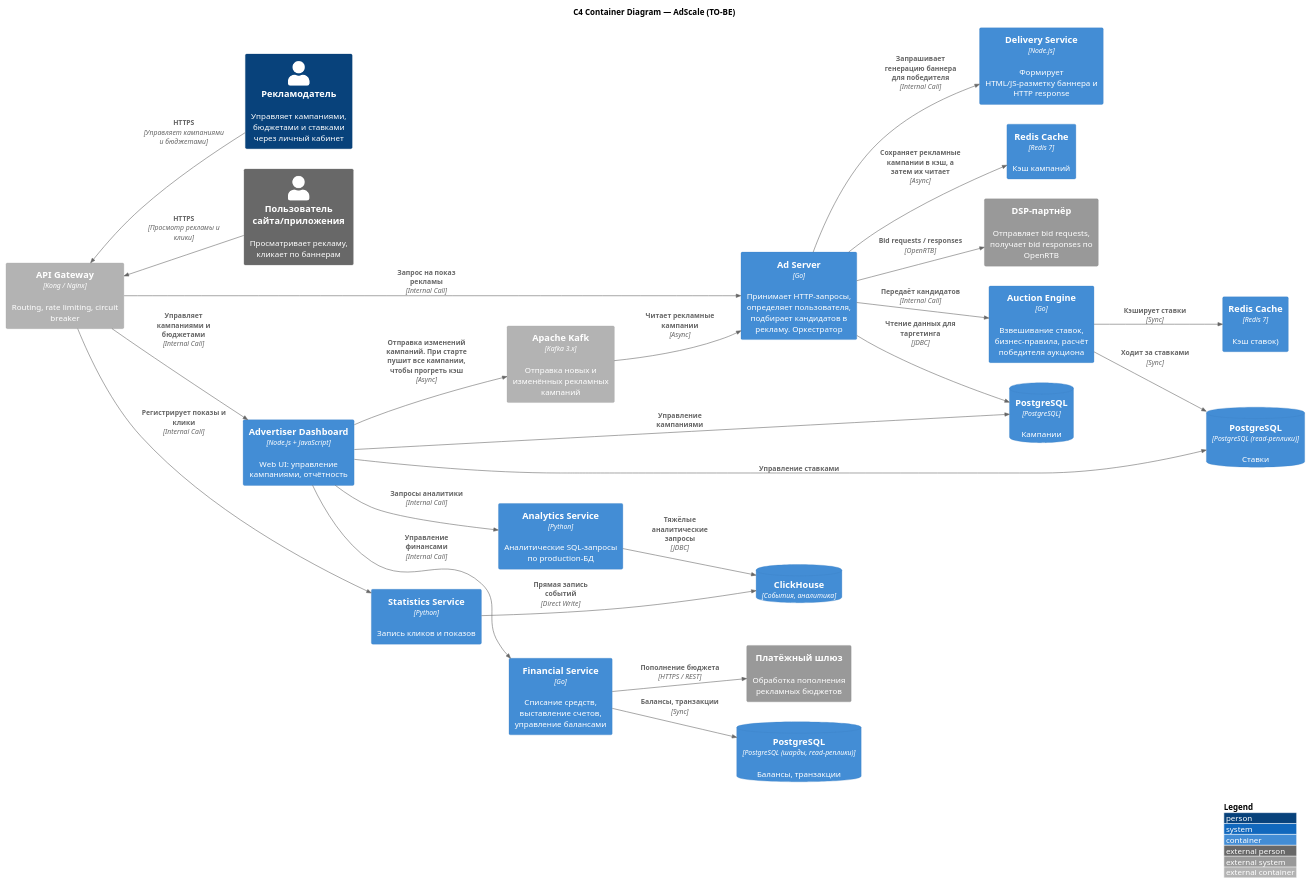
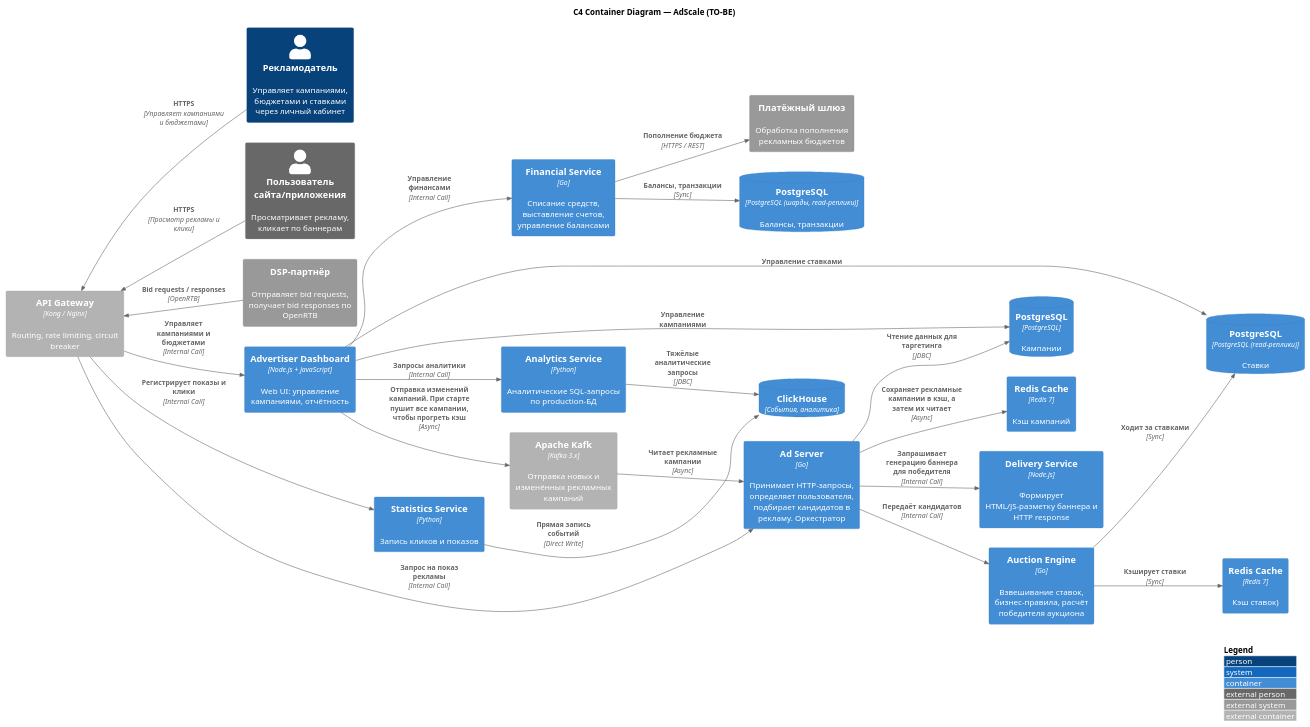
The diagram in task1/Diagrams/to-be.wsd (wan3s/Solution-AdScale), drawn with PlantUML before and after one commit. The commit also changed 2 other files, not shown here.

```diff
--- a/task1/Diagrams/to-be.wsd
+++ b/task1/Diagrams/to-be.wsd
@@ -1,121 +1,119 @@
 @startuml
 !include https://raw.githubusercontent.com/plantuml-stdlib/C4-PlantUML/master/C4_Container.puml
 
 LAYOUT_WITH_LEGEND()
 LAYOUT_LEFT_RIGHT()
 
 title C4 Container Diagram — AdScale (TO-BE)
 
 ' ====================== Акторы ======================
 Person(advertiser, "Рекламодатель", "Управляет кампаниями, бюджетами и ставками через личный кабинет")
 Person_Ext(endUser, "Пользователь сайта/приложения", "Просматривает рекламу, кликает по баннерам")
 
 System_Ext(dspPartner, "DSP-партнёр", "Отправляет bid requests, получает bid responses по OpenRTB")
 System_Ext(paymentGateway, "Платёжный шлюз", "Обработка пополнения рекламных бюджетов")
 Container_Ext(apiGateway, "API Gateway", "Kong / Nginx", "Routing, rate limiting, circuit breaker")
 Container_Ext(campaignsKafka, "Apache Kafk", "Kafka 3.x", "Отправка новых и изменённых рекламных кампаний")
 
 ' ====================== Микросервисы ======================
 
 Container(adServer, "Ad Server", "Go", "Принимает HTTP-запросы, определяет пользователя, подбирает кандидатов в рекламу. Оркестратор") 
 Container(auctionEngine, "Auction Engine", "Go", "Взвешивание ставок, бизнес-правила, расчёт победителя аукциона") 
 Container(deliveryService, "Delivery Service", "Node.js", "Формирует HTML/JS-разметку баннера и HTTP response")
 
 Container(campaignsCache, "Redis Cache", "Redis 7", "Кэш кампаний")
 Container(bidsCache, "Redis Cache", "Redis 7", "Кэш ставок)")
 
 
 Container(financialService, "Financial Service", "Go", "Списание средств, выставление счетов, управление балансами")
 Container(analyticsService, "Analytics Service", "Python", "Аналитические SQL-запросы по production-БД") 
 Container(adCabinet, "Advertiser Dashboard", "Node.js + JavaScript", "Web UI: управление кампаниями, отчётность")
 Container(statsService, "Statistics Service", "Python", "Запись кликов и показов") 
 
 ' ====================== База данных ======================
 ContainerDb(bidsPG, "PostgreSQL", "PostgreSQL (read-реплики)", "Ставки") 
 ContainerDb(campaignsPG, "PostgreSQL", "PostgreSQL", "Кампании") 
 ContainerDb(finPG, "PostgreSQL", "PostgreSQL (шарды, read-реплики)", "Балансы, транзакции") 
 ContainerDb(statsClickHouse, "ClickHouse", "События, аналитика") 
 
 ' ====================== Связи ======================
 
 Rel_U(endUser, apiGateway, "HTTPS", "Просмотр рекламы и клики")
 Rel_U(advertiser, apiGateway, "HTTPS", "Управляет кампаниями и бюджетами")
-
-
+Rel_U(dspPartner, apiGateway, "Bid requests / responses", "OpenRTB")
 
 
 Rel(apiGateway, adServer, "Запрос на показ рекламы", "Internal Call")
 Rel(apiGateway, adCabinet, "Управляет кампаниями и бюджетами", "Internal Call")
 Rel(apiGateway, statsService, "Регистрирует показы и клики", "Internal Call")
 
-Rel(adServer, dspPartner, "Bid requests / responses", "OpenRTB")
 Rel(adServer, auctionEngine, "Передаёт кандидатов", "Internal Call")
 Rel(adServer, deliveryService, "Запрашивает генерацию баннера для победителя", "Internal Call")
 
 Rel(adCabinet, financialService, "Управление финансами", "Internal Call")
 Rel(adCabinet, analyticsService, "Запросы аналитики", "Internal Call")
 
 ' Связи с БД
 Rel(auctionEngine, bidsPG, "Ходит за ставками", "Sync")
 Rel(auctionEngine, bidsCache, "Кэширует ставки", "Sync")
 
 Rel(adServer, campaignsCache, "Сохраняет рекламные кампании в кэш, а затем их читает", "Async")
 Rel(campaignsKafka, adServer, "Читает рекламные кампании", "Async")
 
 Rel(adCabinet, bidsPG, "Управление ставками")
 Rel(adCabinet, campaignsPG, "Управление кампаниями")
 Rel(adCabinet, campaignsKafka, "Отправка изменений кампаний. При старте пушит все кампании, чтобы прогреть кэш", "Async")
 
 Rel(statsService, statsClickHouse, "Прямая запись событий", "Direct Write")
 
 Rel(financialService, finPG, "Балансы, транзакции", "Sync")
 Rel(financialService, paymentGateway, "Пополнение бюджета", "HTTPS / REST")
 
 Rel(analyticsService, statsClickHouse, "Тяжёлые аналитические запросы", "JDBC")
 Rel(adServer, campaignsPG, "Чтение данных для таргетинга", "JDBC")
 
 ' Принудительное расположение (layout hints)
 ' Lay_D(adServer, auctionEngine)
 ' Lay_D(auctionEngine, deliveryService)
 ' Lay_D(deliveryService, statsService)
 ' Lay_R(statsService, financialService)
 ' Lay_R(financialService, analyticsService)
 ' Lay_D(adCabinet, postgres)
 
 ' ' ====================== Аннотации проблемных мест ======================
 
 ' note right of auctionEngine
 '   **⚠ Критический bottleneck**
 '   Синхронные вызовы к БД
 '   в hot path (SLA ≤ 100 ms)
 ' end note
 
 ' note right of postgres
 '   **⚠ Single Point of Failure**
 '   Одна инстанция — нет HA
 '   Нет read-replicas
 '   OLTP + аналитика конкурируют
 ' end note
 
 ' note bottom of statsService
 '   **⚠ Write bottleneck**
 '   Прямая запись без буферизации / очередей
 '   Конкуренция за ресурсы БД
 ' end note
 
 ' note bottom of analyticsService
 '   **⚠ Блокировки и рост latency**
 '   Heavy queries напрямую на production-БД
 ' end note
 
 ' ' ====================== Легенда с метриками ======================
 ' legend right
 '   <#FF0000> **15 000 RPS (пик)** 
 '   <#FF7700> **P95 latency: 110–120 ms** (требование ≤ 100 ms)
 '   <#FF7700> Периодические деградации в часы пик
 '   <#FF0000> Нет запаса по производительности
 '   <#888888> Деплой: вручную, без контейнеризации
 '   <#888888> Кэширование: отсутствует
 '   <#888888> Асинхронные очереди: отсутствуют
 ' endlegend
 @enduml
```
